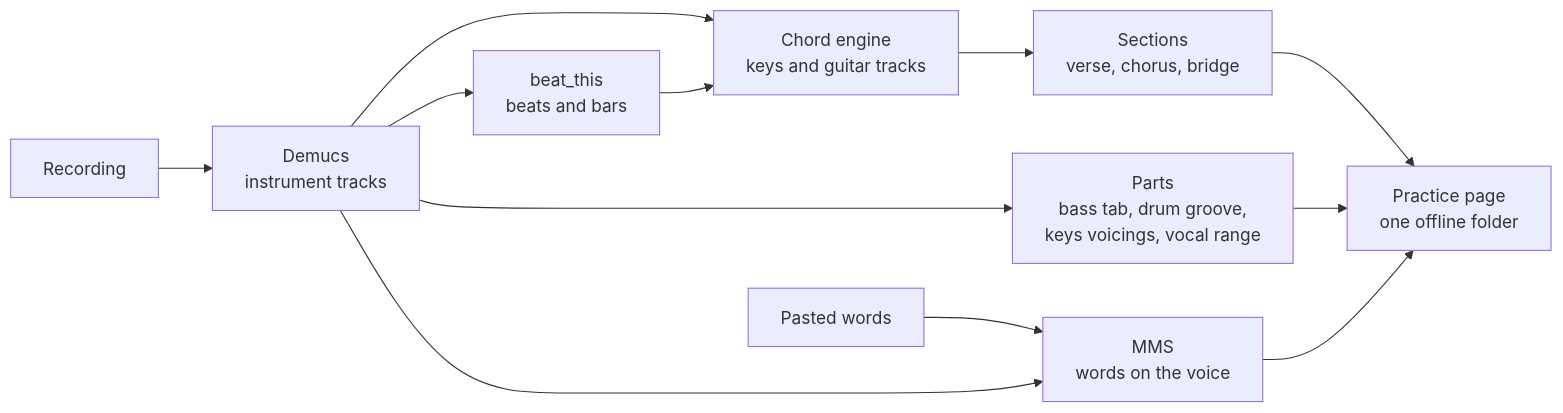
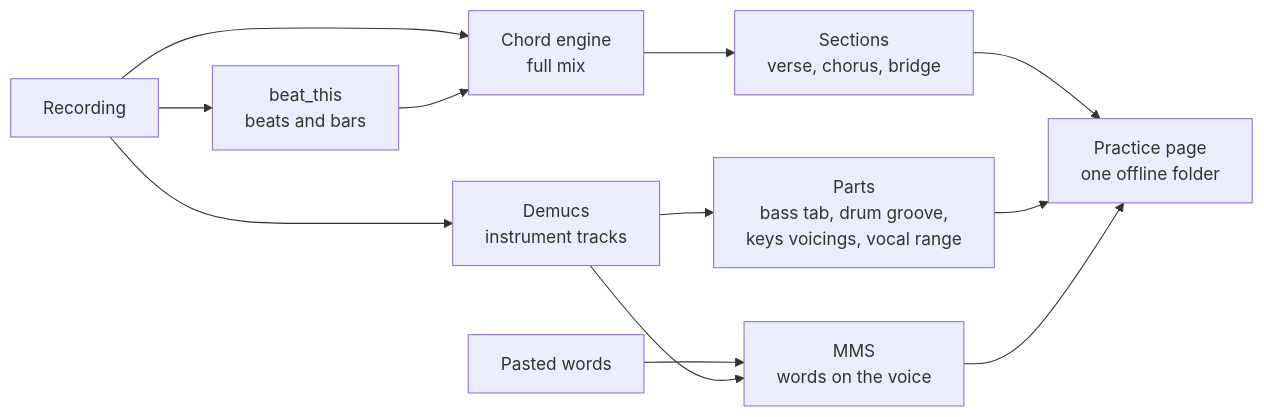
Before and after one commit to laugiov/woodshed: the diagram in README.md, drawn with Mermaid. The commit also changed other lines of this file and 23 other files, not shown here.

````diff
--- a/README.md
+++ b/README.md
@@ -224,14 +228,14 @@
 ```mermaid
 flowchart LR
     A[Recording] --> B[Demucs<br/>instrument tracks]
-    B --> C[beat_this<br/>beats and bars]
-    B --> D[Chord engine<br/>keys and guitar tracks]
+    A --> C[beat_this<br/>beats and bars]
+    A --> D[Chord engine<br/>full mix]
     C --> D
     D --> E[Sections<br/>verse, chorus, bridge]
     B --> F[Parts<br/>bass tab, drum groove,<br/>keys voicings, vocal range]
     W[Pasted words] --> G[MMS<br/>words on the voice]
     B --> G
     E --> P[Practice page<br/>one offline folder]
     F --> P
     G --> P
 ```
````
